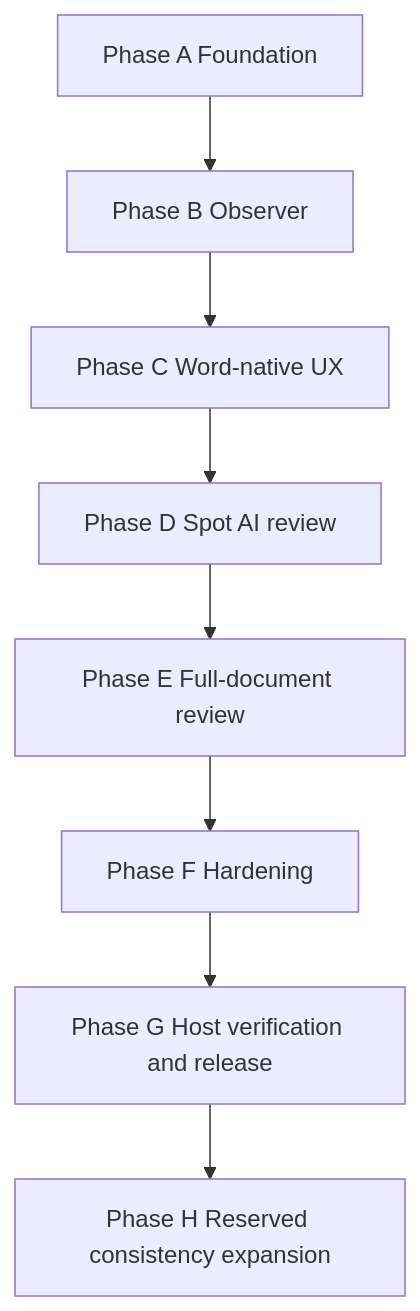
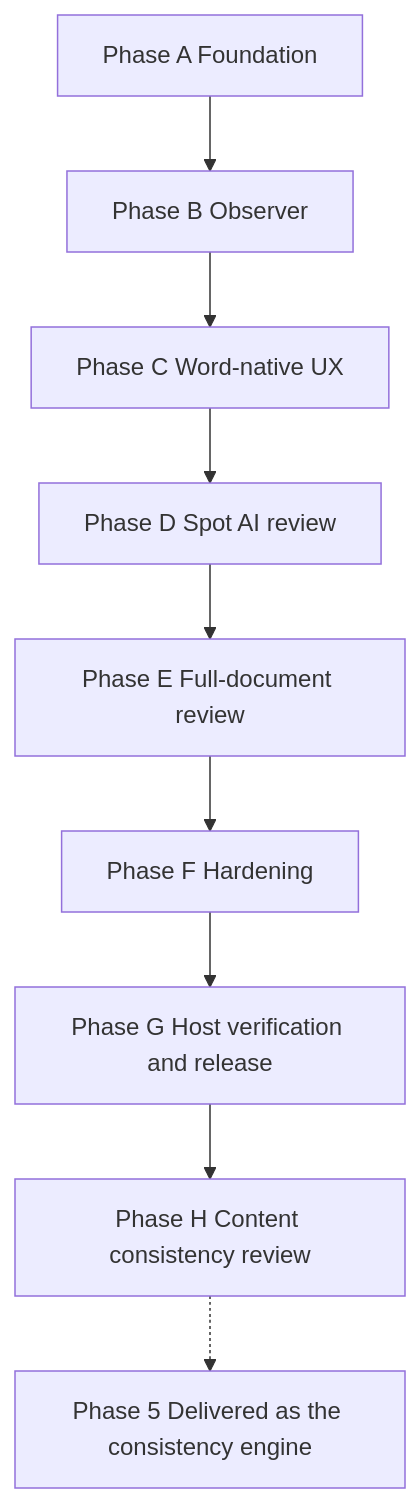
One commit to Gekko47/ToneForge changed the diagram in ROADMAP.md. Above: the diagram before and after it, drawn with Mermaid. The commit also changed other lines of this file and 43 other files, not shown here.

````diff
--- a/ROADMAP.md
+++ b/ROADMAP.md
@@ -217,10 +217,11 @@
 ```mermaid
 flowchart TD
   A[Phase A Foundation] --> B[Phase B Observer]
   B --> C[Phase C Word-native UX]
   C --> D[Phase D Spot AI review]
   D --> E[Phase E Full-document review]
   E --> F[Phase F Hardening]
   F --> G[Phase G Host verification and release]
-  G --> H[Phase H Reserved consistency expansion]
+  G --> H[Phase H Content consistency review]
+  H -.-> P5[Phase 5 Delivered as the consistency engine]
 ```
````
